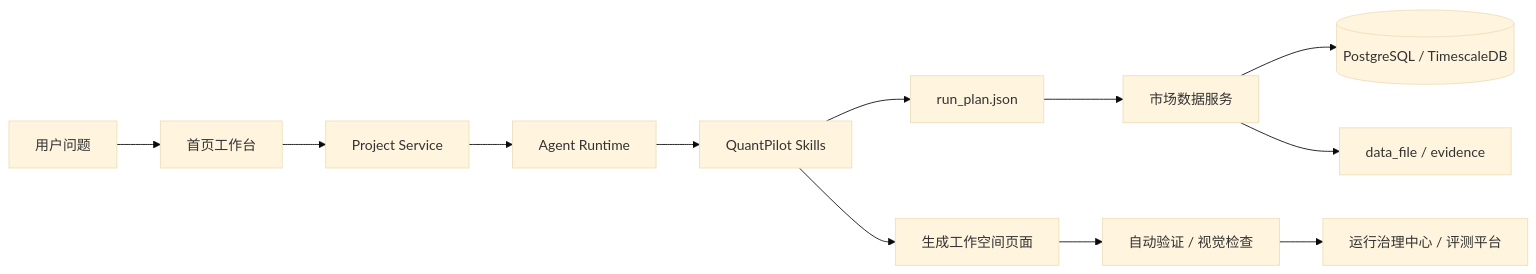
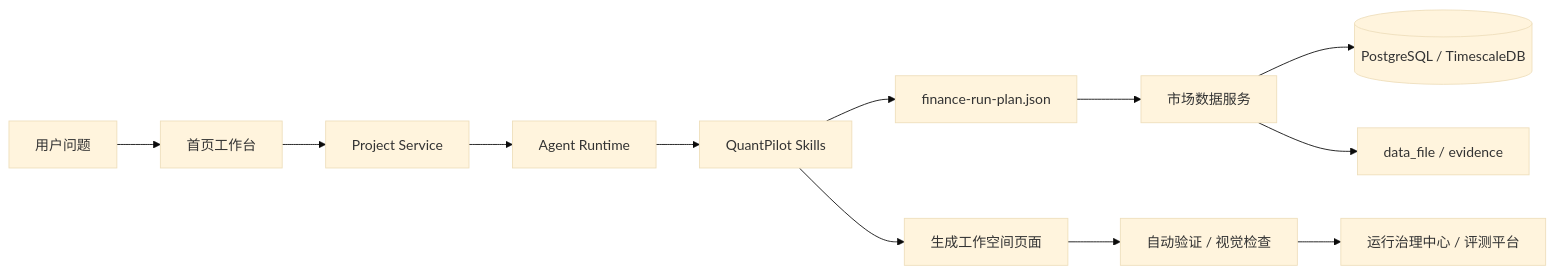
The diagram in docs/internal-components.md (xbzz1018/SignalForge), drawn with Mermaid (base theme) before and after one commit. The commit also changed other lines of this file and 25 other files, not shown here.

````diff
--- a/docs/internal-components.md
+++ b/docs/internal-components.md
@@ -26,14 +26,14 @@
 ```mermaid
 flowchart LR
   U[用户问题] --> H[首页工作台]
   H --> P[Project Service]
   P --> A[Agent Runtime]
   A --> S[QuantPilot Skills]
-  S --> RP[run_plan.json]
+  S --> RP[finance-run-plan.json]
   RP --> MD[市场数据服务]
   MD --> DB[(PostgreSQL / TimescaleDB)]
   MD --> DF[data_file / evidence]
   S --> WS[生成工作空间页面]
   WS --> V[自动验证 / 视觉检查]
   V --> OP[运行治理中心 / 评测平台]
 ```
````
